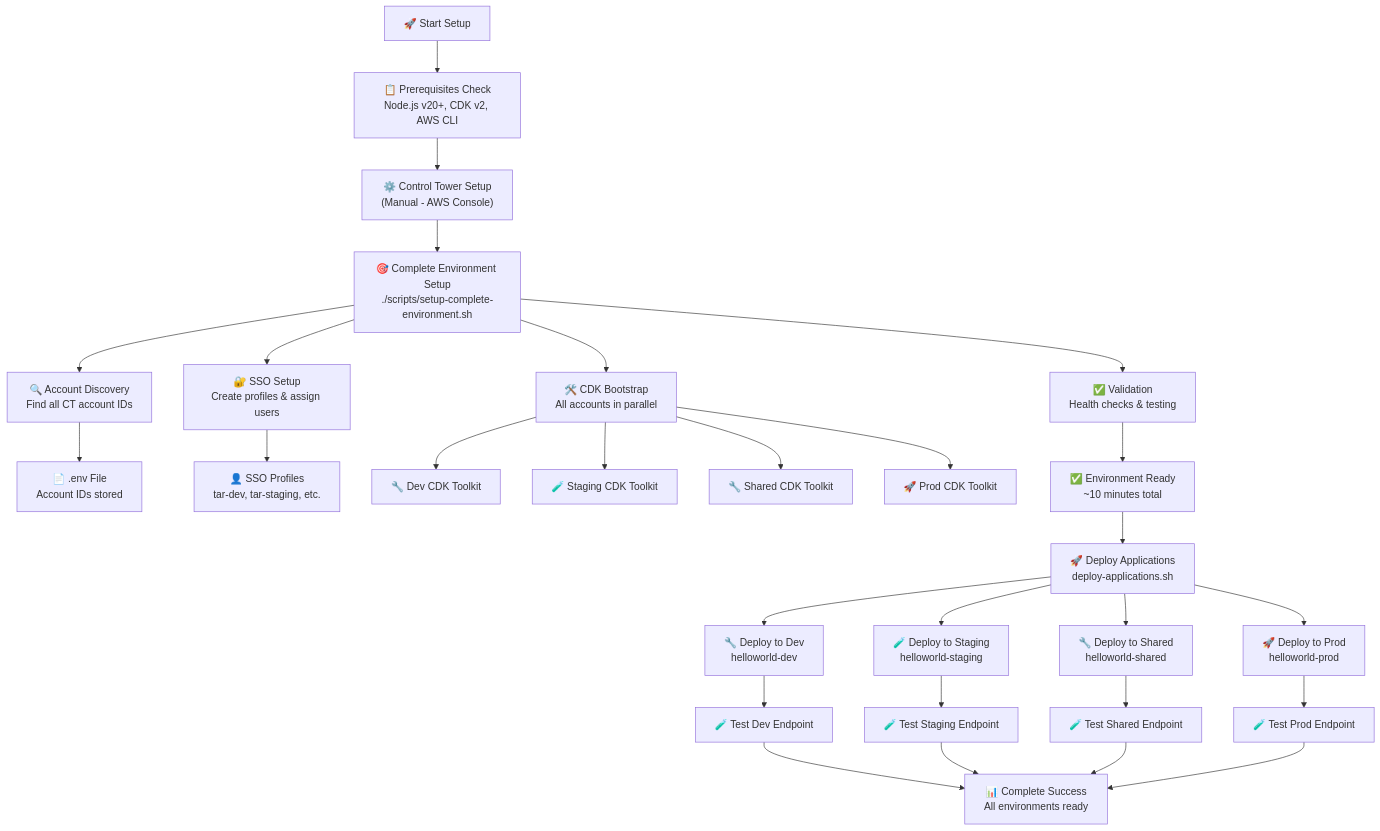
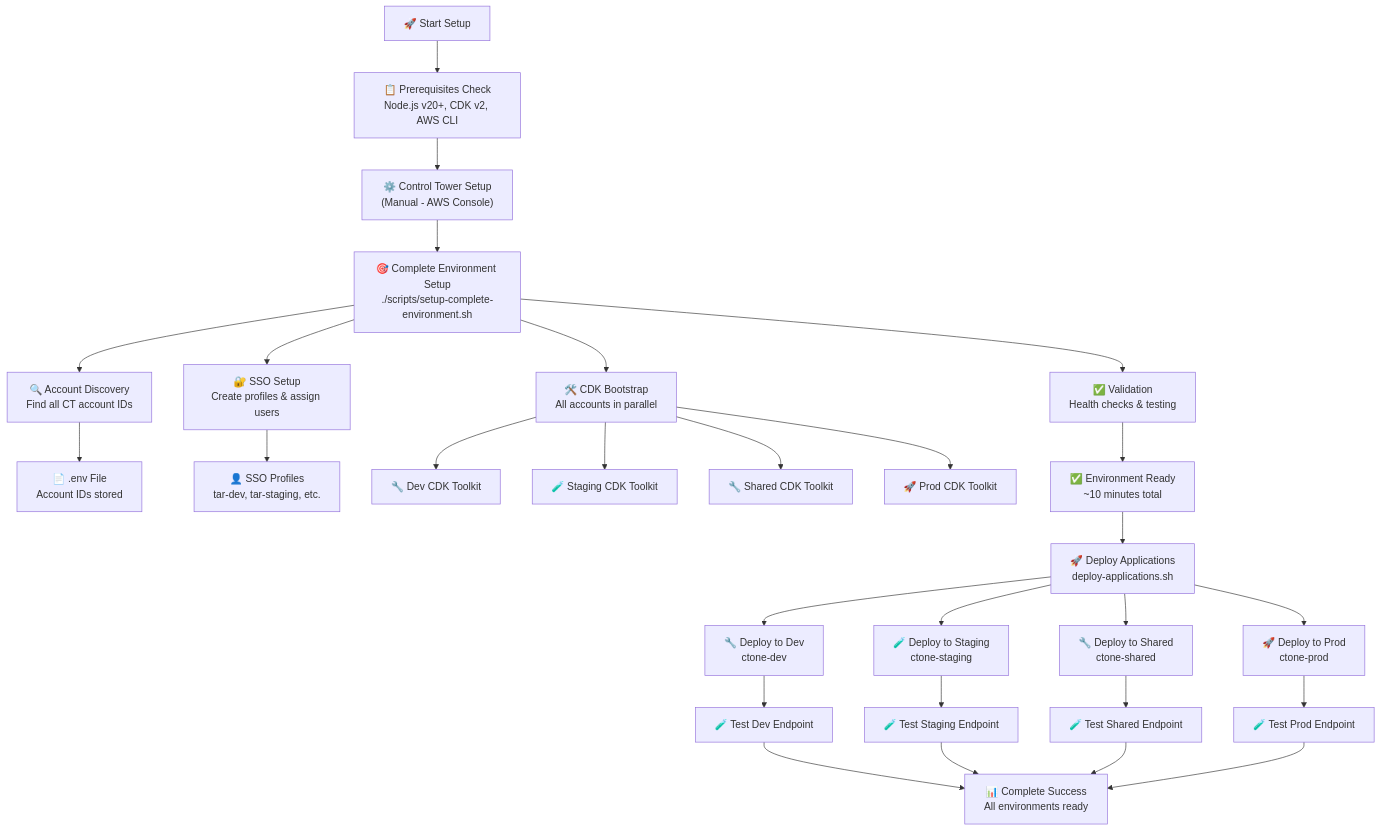
Before and after one commit to robertrahardja/gctone: the first of 17 diagrams in docs/automated/APP_FLOW.md, drawn with Mermaid. The commit also changed other lines of this file and 33 other files, not shown here.

````diff
--- a/docs/automated/APP_FLOW.md
+++ b/docs/automated/APP_FLOW.md
@@ -11,37 +11,37 @@
 ```mermaid
 graph TB
     Start["🚀 Start Setup"] --> Prerequisites["📋 Prerequisites Check<br/>Node.js v20+, CDK v2, AWS CLI"]
     Prerequisites --> ControlTower["⚙️ Control Tower Setup<br/>(Manual - AWS Console)"]
 
     ControlTower --> CompleteSetup["🎯 Complete Environment Setup<br/>./scripts/setup-complete-environment.sh"]
 
     CompleteSetup --> AccountDiscovery["🔍 Account Discovery<br/>Find all CT account IDs"]
     CompleteSetup --> SSOSetup["🔐 SSO Setup<br/>Create profiles & assign users"]
     CompleteSetup --> CDKBootstrap["🛠️ CDK Bootstrap<br/>All accounts in parallel"]
     CompleteSetup --> Validation["✅ Validation<br/>Health checks & testing"]
 
     AccountDiscovery --> EnvFile["📄 .env File<br/>Account IDs stored"]
     SSOSetup --> Profiles["👤 SSO Profiles<br/>tar-dev, tar-staging, etc."]
     CDKBootstrap --> DevBootstrap["🔧 Dev CDK Toolkit"]
     CDKBootstrap --> StagingBootstrap["🧪 Staging CDK Toolkit"]
     CDKBootstrap --> SharedBootstrap["🔧 Shared CDK Toolkit"]
     CDKBootstrap --> ProdBootstrap["🚀 Prod CDK Toolkit"]
 
     Validation --> Ready["✅ Environment Ready<br/>~10 minutes total"]
     Ready --> Deploy["🚀 Deploy Applications<br/>deploy-applications.sh"]
 
-    Deploy --> DevDeploy["🔧 Deploy to Dev<br/>helloworld-dev"]
-    Deploy --> StagingDeploy["🧪 Deploy to Staging<br/>helloworld-staging"]
-    Deploy --> SharedDeploy["🔧 Deploy to Shared<br/>helloworld-shared"]
-    Deploy --> ProdDeploy["🚀 Deploy to Prod<br/>helloworld-prod"]
+    Deploy --> DevDeploy["🔧 Deploy to Dev<br/>ctone-dev"]
+    Deploy --> StagingDeploy["🧪 Deploy to Staging<br/>ctone-staging"]
+    Deploy --> SharedDeploy["🔧 Deploy to Shared<br/>ctone-shared"]
+    Deploy --> ProdDeploy["🚀 Deploy to Prod<br/>ctone-prod"]
 
     DevDeploy --> DevTest["🧪 Test Dev Endpoint"]
     StagingDeploy --> StagingTest["🧪 Test Staging Endpoint"]
     SharedDeploy --> SharedTest["🧪 Test Shared Endpoint"]
     ProdDeploy --> ProdTest["🧪 Test Prod Endpoint"]
 
     DevTest --> ValidationReport["📊 Complete Success<br/>All environments ready"]
     StagingTest --> ValidationReport
     SharedTest --> ValidationReport
     ProdTest --> ValidationReport
 ```
````
